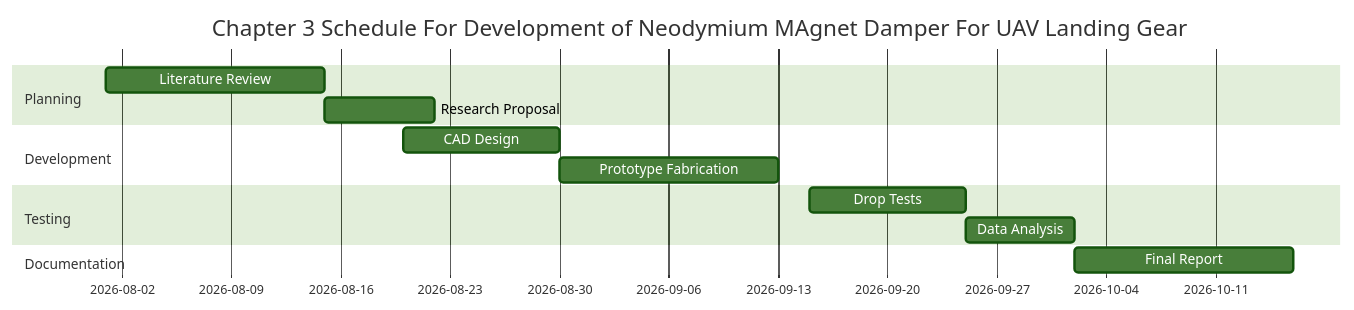
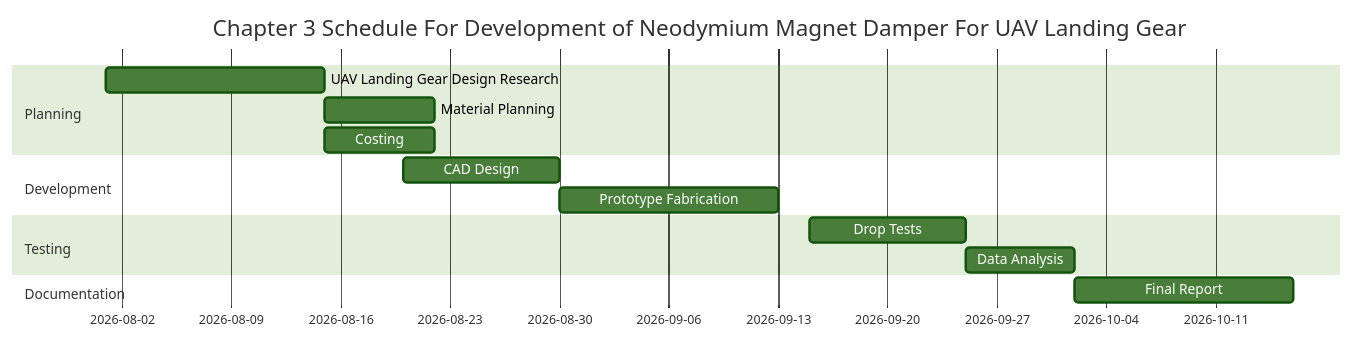
One commit to mdy-aap/AE-416-Research changed the diagram in Group 6/ganttchart.md. Above: the diagram before and after it, drawn with Mermaid (forest theme).

````diff
--- a/Group 6/ganttchart.md
+++ b/Group 6/ganttchart.md
@@ -1,20 +1,21 @@
 ```mermaid
 gantt
-    title Chapter 3 Schedule For Development of Neodymium MAgnet Damper For UAV Landing Gear
+    title Chapter 3 Schedule For Development of Neodymium Magnet Damper For UAV Landing Gear
     dateFormat  YYYY-MM-DD
 
     section Planning
-    Literature Review      :a1, 2026-08-01, 14d
-    Research Proposal      :a2, after a1, 7d
+    UAV Landing Gear Design Research     :a1, 2026-08-01, 14d
+    Material Planning                    :a2, after a1, 7d
+    Costing                              :a2, after a1, 7d
 
     section Development
-    CAD Design             :b1, 2026-08-20, 10d
-    Prototype Fabrication  :b2, after b1, 14d
+    CAD Design                           :b1, 2026-08-20, 10d
+    Prototype Fabrication                :b2, after b1, 14d
 
     section Testing
-    Drop Tests             :c1, 2026-09-15, 10d
-    Data Analysis          :c2, after c1, 7d
+    Drop Tests                           :c1, 2026-09-15, 10d
+    Data Analysis                        :c2, after c1, 7d
 
     section Documentation
-    Final Report           :d1, after c2, 14d
+    Final Report                         :d1, after c2, 14d
 ```
````
